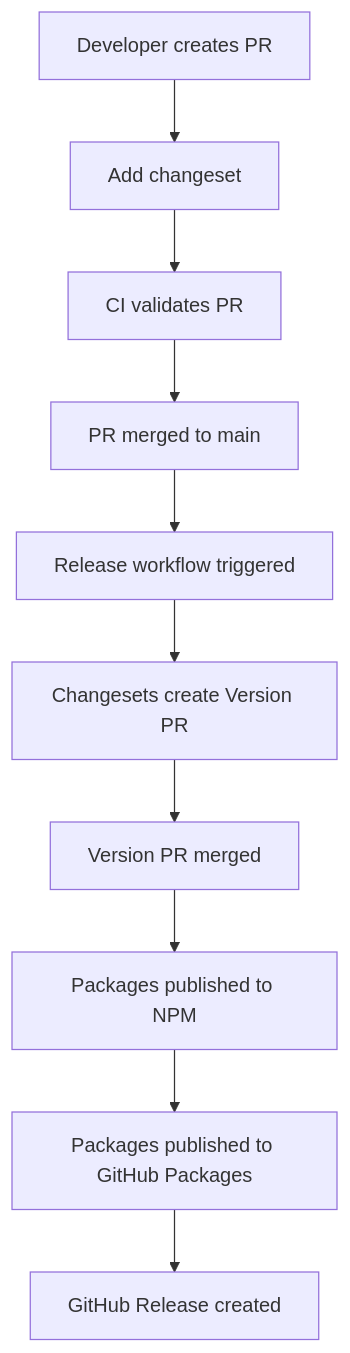
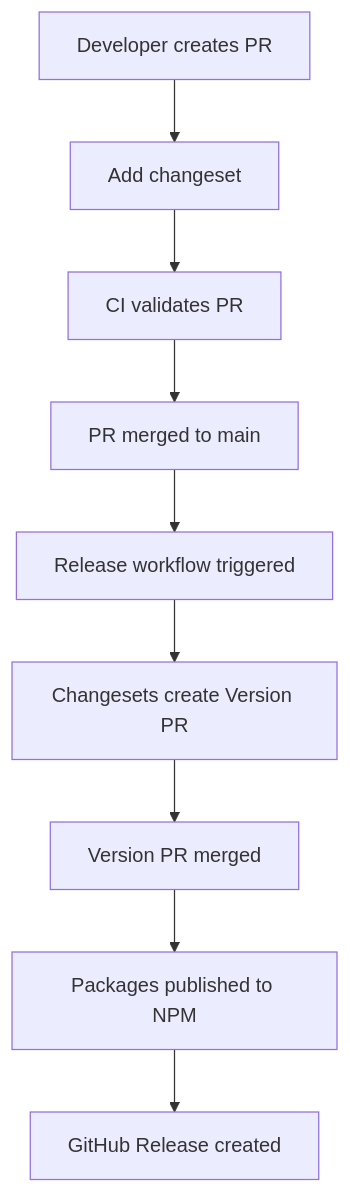
The diagram in docs/release-process.md (RobEasthope/protomolecule), drawn with Mermaid before and after one commit. The commit also changed other lines of this file and 14 other files, not shown here.

First line of the commit message:
chore: remove GitHub packages publishing functionality

````diff
--- a/docs/release-process.md
+++ b/docs/release-process.md
@@ -17,12 +16,11 @@
 ```mermaid
 graph TD
     A[Developer creates PR] --> B[Add changeset]
     B --> C[CI validates PR]
     C --> D[PR merged to main]
     D --> E[Release workflow triggered]
     E --> F[Changesets create Version PR]
     F --> G[Version PR merged]
     G --> H[Packages published to NPM]
-    H --> I[Packages published to GitHub Packages]
-    I --> J[GitHub Release created]
+    H --> I[GitHub Release created]
 ```
````
